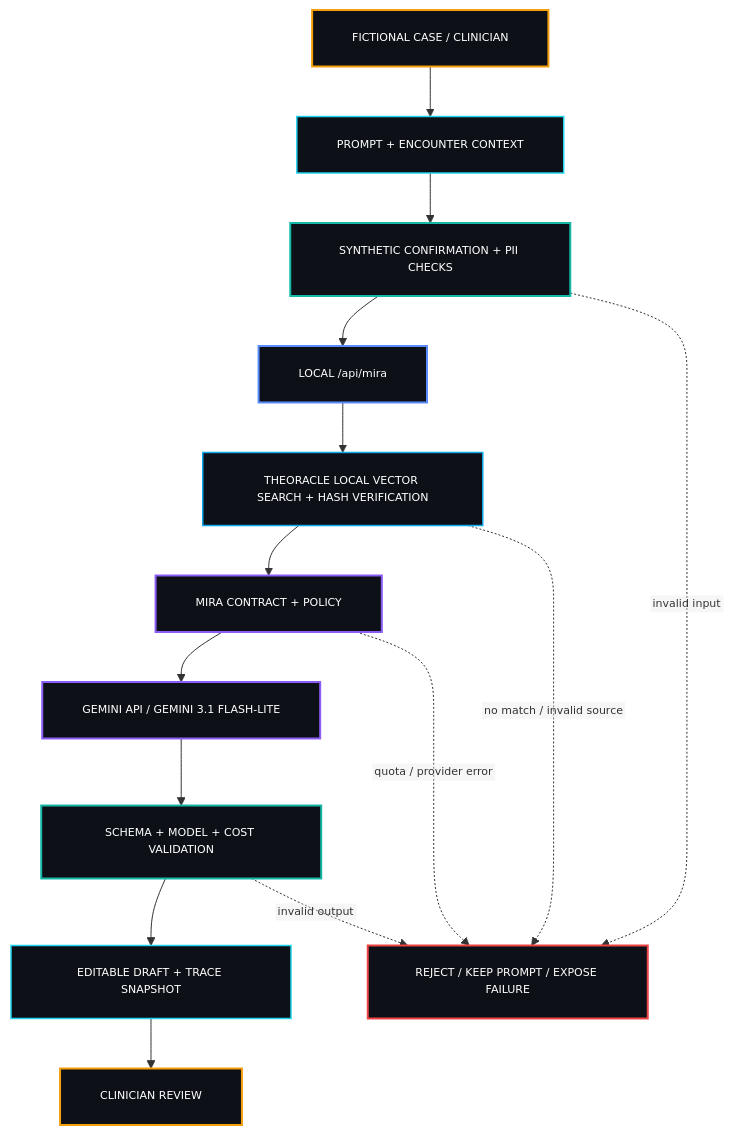
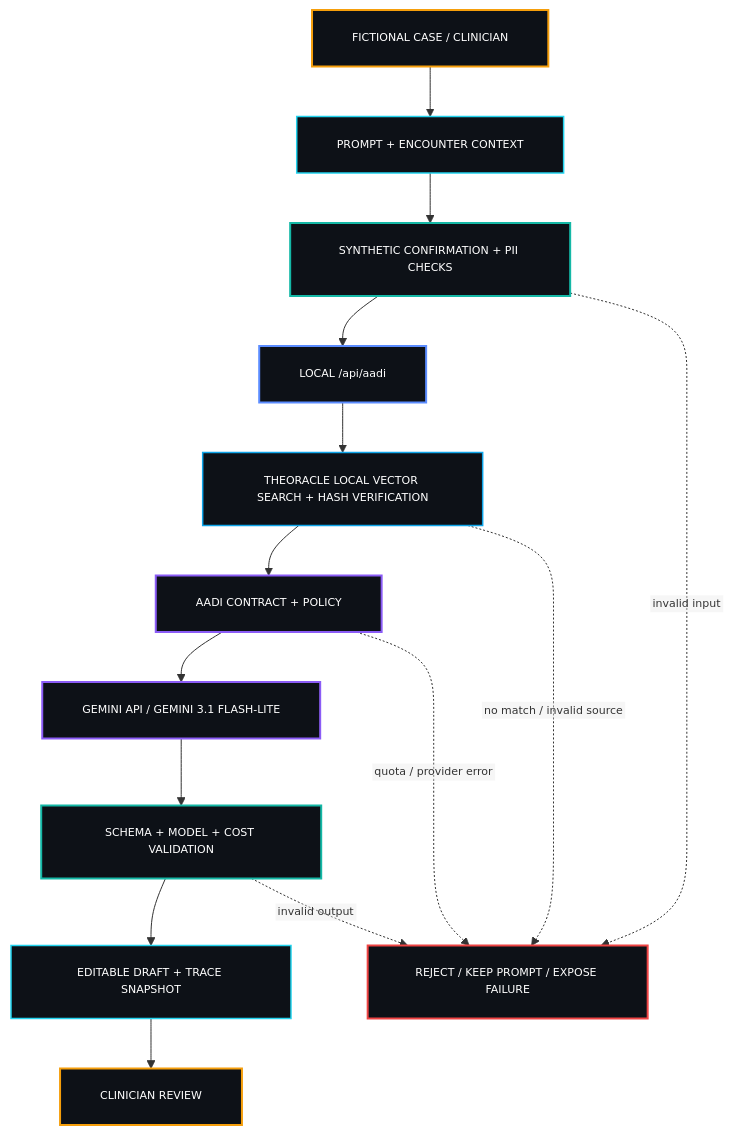
One commit to drferdi/Monorepo-safrs changed the third of 4 diagrams in projects/healthcare/sentrapedia/README.md. Above: the diagram before and after it, drawn with Mermaid. The commit also changed other lines of this file and 287 other files, not shown here.

First line of the commit message:
wip: rename MIRA to AADI; doctor-flow composer (checkpoint)

````diff
--- a/projects/healthcare/sentrapedia/README.md
+++ b/projects/healthcare/sentrapedia/README.md
@@ -315,36 +315,36 @@
 ```mermaid
 %%{init: {"flowchart": {"htmlLabels": false, "padding": 20}, "themeVariables": {"fontFamily": "monospace", "fontSize": "11px"}}}%%
 flowchart TB
   HUMAN["FICTIONAL CASE / CLINICIAN"]
   INPUT["PROMPT + ENCOUNTER CONTEXT"]
   GATE["SYNTHETIC CONFIRMATION + PII CHECKS"]
-  API["LOCAL /api/mira"]
+  API["LOCAL /api/aadi"]
   SOURCE["THEORACLE LOCAL VECTOR SEARCH + HASH VERIFICATION"]
-  ENGINE["MIRA CONTRACT + POLICY"]
+  ENGINE["AADI CONTRACT + POLICY"]
   MODEL["GEMINI API / GEMINI 3.1 FLASH-LITE"]
   VERIFY["SCHEMA + MODEL + COST VALIDATION"]
   DRAFT["EDITABLE DRAFT + TRACE SNAPSHOT"]
   REVIEW["CLINICIAN REVIEW"]
   STOP["REJECT / KEEP PROMPT / EXPOSE FAILURE"]
 
   HUMAN --> INPUT --> GATE --> API --> SOURCE --> ENGINE --> MODEL --> VERIFY --> DRAFT --> REVIEW
   GATE -. invalid input .-> STOP
   SOURCE -. no match / invalid source .-> STOP
   ENGINE -. quota / provider error .-> STOP
   VERIFY -. invalid output .-> STOP
 
   classDef authority fill:#0D1117,stroke:#F59E0B,color:#FFFFFF,stroke-width:2px;
   classDef surface fill:#0D1117,stroke:#22D3EE,color:#FFFFFF,stroke-width:1.5px;
   classDef core fill:#0D1117,stroke:#5B8CFF,color:#FFFFFF,stroke-width:2px;
   classDef agent fill:#0D1117,stroke:#8B5CF6,color:#FFFFFF,stroke-width:2px;
   classDef control fill:#0D1117,stroke:#14B8A6,color:#FFFFFF,stroke-width:2px;
   classDef data fill:#0D1117,stroke:#0EA5E9,color:#FFFFFF,stroke-width:1.5px;
   classDef danger fill:#0D1117,stroke:#EF4444,color:#FFFFFF,stroke-width:2px;
   class HUMAN,REVIEW authority;
   class INPUT,DRAFT surface;
   class GATE,VERIFY control;
   class API core;
   class SOURCE data;
   class ENGINE,MODEL agent;
   class STOP danger;
 ```
````
